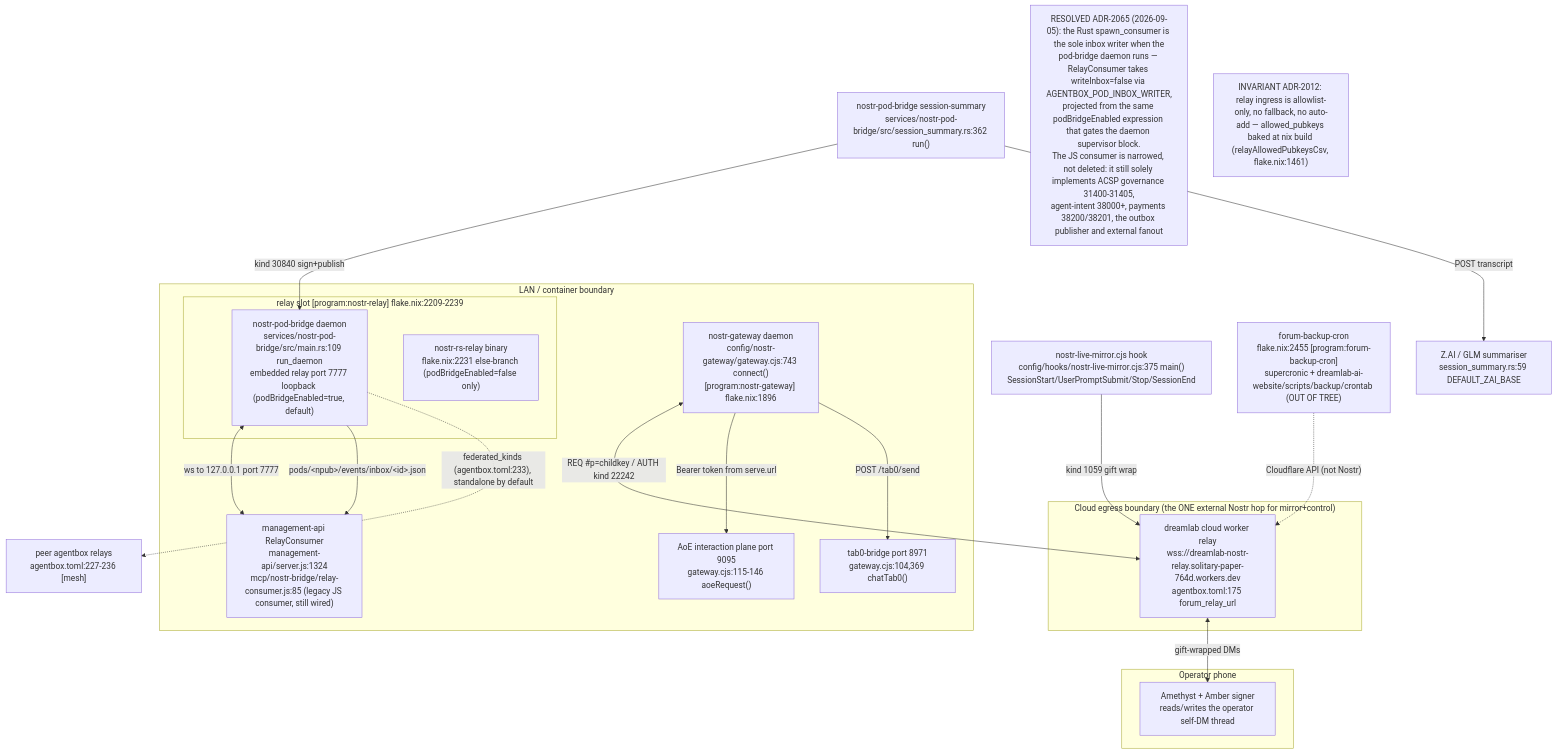
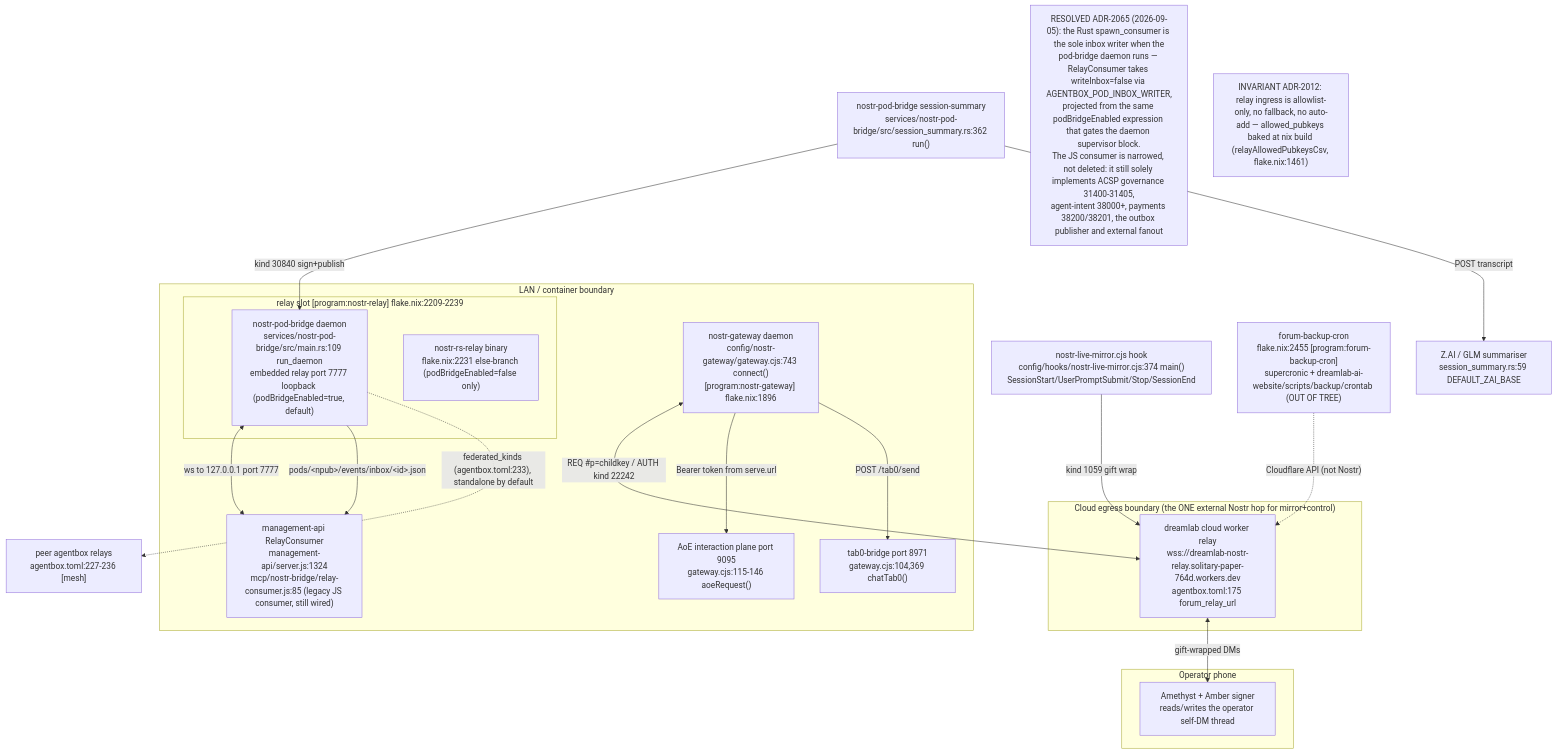
Before and after one commit to DreamLab-AI/VisionFlow: the first of 17 diagrams in docs/diagrams/agentbox/13-nostr-relay-gateway-bridge-mirror.md, drawn with Mermaid. The commit also changed other lines of this file and 25 other files, not shown here.

````diff
--- a/docs/diagrams/agentbox/13-nostr-relay-gateway-bridge-mirror.md
+++ b/docs/diagrams/agentbox/13-nostr-relay-gateway-bridge-mirror.md
@@ -42,39 +42,39 @@
 ```mermaid
 flowchart TB
     subgraph lan["LAN / container boundary"]
         subgraph relayslot["relay slot [program:nostr-relay] flake.nix:2209-2239"]
             PB["nostr-pod-bridge daemon<br/>services/nostr-pod-bridge/src/main.rs:109 run_daemon<br/>embedded relay port 7777 loopback (podBridgeEnabled=true, default)"]
             RS["nostr-rs-relay binary<br/>flake.nix:2231 else-branch (podBridgeEnabled=false only)"]
         end
         GW["nostr-gateway daemon<br/>config/nostr-gateway/gateway.cjs:743 connect()<br/>[program:nostr-gateway] flake.nix:1896"]
         MGMT["management-api RelayConsumer<br/>management-api/server.js:1324<br/>mcp/nostr-bridge/relay-consumer.js:85 (legacy JS consumer, still wired)"]
         AOE["AoE interaction plane port 9095<br/>gateway.cjs:115-146 aoeRequest()"]
         TAB0["tab0-bridge port 8971<br/>gateway.cjs:104,369 chatTab0()"]
     end
     subgraph cloud["Cloud egress boundary (the ONE external Nostr hop for mirror+control)"]
         CLOUD["dreamlab cloud worker relay<br/>wss://dreamlab-nostr-relay.solitary-paper-764d.workers.dev<br/>agentbox.toml:175 forum_relay_url"]
     end
     subgraph phone["Operator phone"]
         AME["Amethyst + Amber signer<br/>reads/writes the operator self-DM thread"]
     end
-    MIRROR["nostr-live-mirror.cjs hook<br/>config/hooks/nostr-live-mirror.cjs:375 main()<br/>SessionStart/UserPromptSubmit/Stop/SessionEnd"]
+    MIRROR["nostr-live-mirror.cjs hook<br/>config/hooks/nostr-live-mirror.cjs:374 main()<br/>SessionStart/UserPromptSubmit/Stop/SessionEnd"]
     DIGEST["nostr-pod-bridge session-summary<br/>services/nostr-pod-bridge/src/session_summary.rs:362 run()"]
     ZAI["Z.AI / GLM summariser<br/>session_summary.rs:59 DEFAULT_ZAI_BASE"]
     FORUM["forum-backup-cron<br/>flake.nix:2455 [program:forum-backup-cron]<br/>supercronic + dreamlab-ai-website/scripts/backup/crontab (OUT OF TREE)"]
     MESH["peer agentbox relays<br/>agentbox.toml:227-236 [mesh]"]
 
     MIRROR -->|"kind 1059 gift wrap"| CLOUD
     GW <-->|"REQ #p=childkey / AUTH kind 22242"| CLOUD
     CLOUD <-->|"gift-wrapped DMs"| AME
     DIGEST -->|"kind 30840 sign+publish"| PB
     DIGEST -->|"POST transcript"| ZAI
     PB <-->|"ws to 127.0.0.1 port 7777"| MGMT
     PB -->|"pods/&lt;npub&gt;/events/inbox/&lt;id&gt;.json"| MGMT
     GW -->|"Bearer token from serve.url"| AOE
     GW -->|"POST /tab0/send"| TAB0
     PB -.->|"federated_kinds (agentbox.toml:233), standalone by default"| MESH
     FORUM -.->|"Cloudflare API (not Nostr)"| CLOUD
 
 N1["RESOLVED ADR-2065 (2026-09-05): the Rust spawn_consumer is the sole inbox writer when the<br/>pod-bridge daemon runs — RelayConsumer takes writeInbox=false via AGENTBOX_POD_INBOX_WRITER,<br/>projected from the same podBridgeEnabled expression that gates the daemon supervisor block.<br/>The JS consumer is narrowed, not deleted: it still solely implements ACSP governance 31400-31405,<br/>agent-intent 38000+, payments 38200/38201, the outbox publisher and external fanout"]
     N2["INVARIANT ADR-2012: relay ingress is allowlist-only, no fallback, no auto-add — allowed_pubkeys baked at nix build (relayAllowedPubkeysCsv, flake.nix:1461)"]
 ```
````
